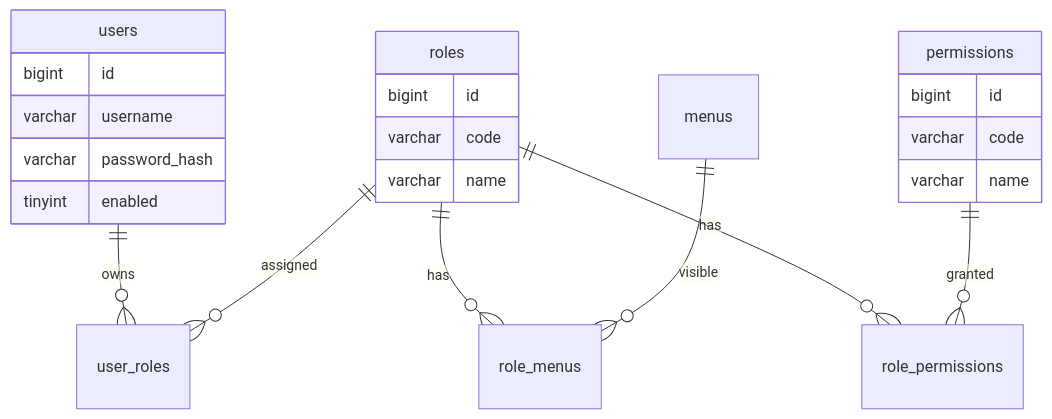
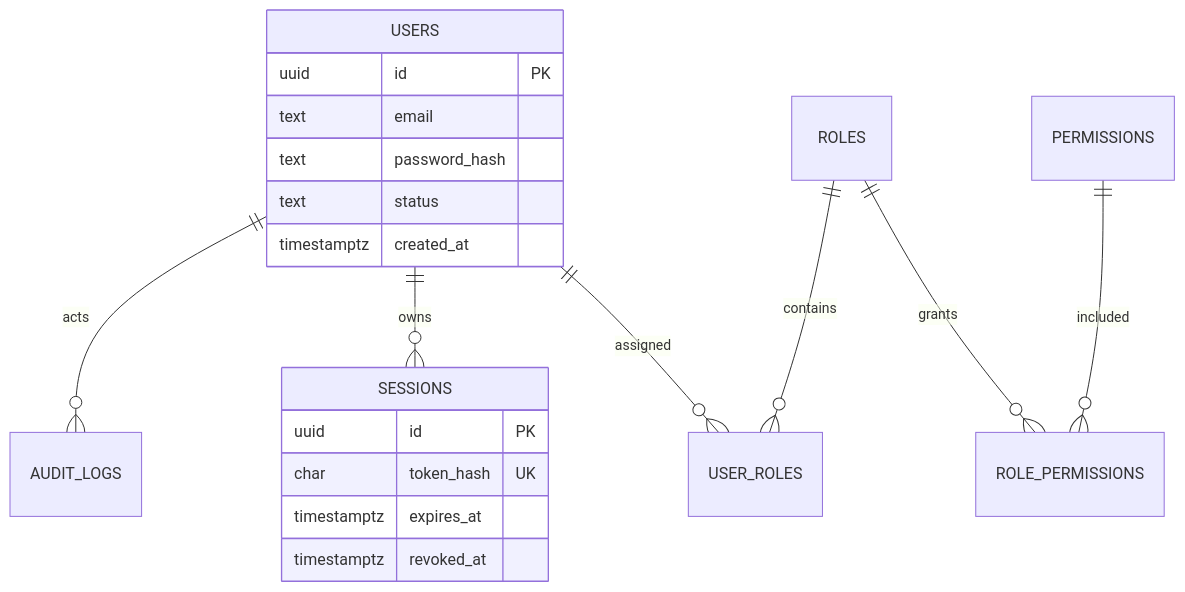
The third of 5 diagrams in docs/node/permission-api-project.md (yokry-he/yok-study-web), drawn with Mermaid before and after one commit. The commit also changed other lines of this file and 14 other files, not shown here.

````diff
--- a/docs/node/permission-api-project.md
+++ b/docs/node/permission-api-project.md
@@ -84,28 +289,23 @@
 ```mermaid
 erDiagram
-  users ||--o{ user_roles : owns
-  roles ||--o{ user_roles : assigned
-  roles ||--o{ role_menus : has
-  menus ||--o{ role_menus : visible
-  roles ||--o{ role_permissions : has
-  permissions ||--o{ role_permissions : granted
+  USERS ||--o{ USER_ROLES : assigned
+  ROLES ||--o{ USER_ROLES : contains
+  ROLES ||--o{ ROLE_PERMISSIONS : grants
+  PERMISSIONS ||--o{ ROLE_PERMISSIONS : included
+  USERS ||--o{ SESSIONS : owns
+  USERS ||--o{ AUDIT_LOGS : acts
 
-  users {
-    bigint id
-    varchar username
-    varchar password_hash
-    tinyint enabled
+  USERS {
+    uuid id PK
+    text email
+    text password_hash
+    text status
+    timestamptz created_at
   }
-
-  roles {
-    bigint id
-    varchar code
-    varchar name
-  }
-
-  permissions {
-    bigint id
-    varchar code
-    varchar name
+  SESSIONS {
+    uuid id PK
+    char token_hash UK
+    timestamptz expires_at
+    timestamptz revoked_at
   }
 ```
````
